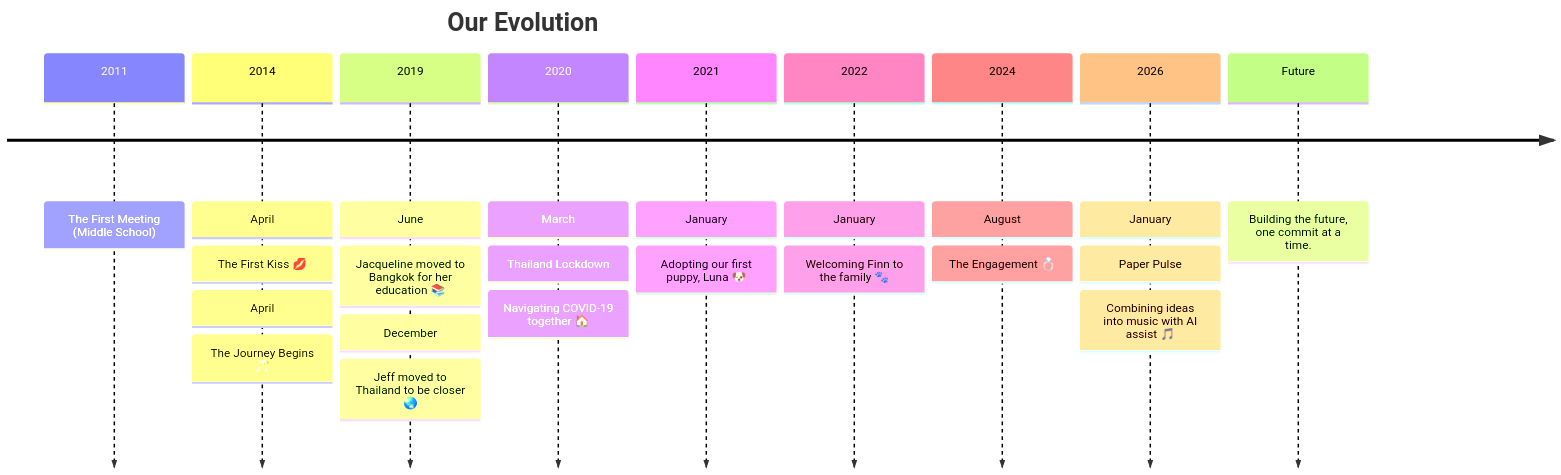
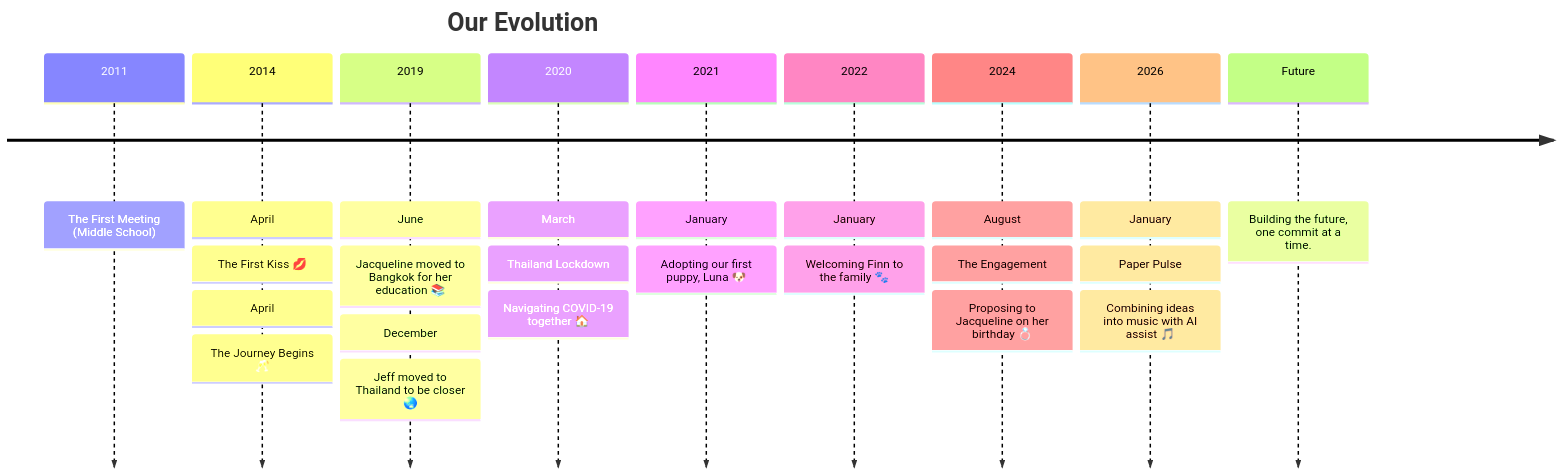
The diagram in README.md (ScarletFoundry/love-journey), drawn with Mermaid before and after one commit. The commit also changed other lines of this file, not shown here.

Commit message:
chore: automated journey update [skip ci]

````diff
--- a/README.md
+++ b/README.md
@@ -10,13 +10,13 @@
 ```mermaid
 timeline
     title Our Evolution
     2011 : The First Meeting (Middle School)
     2014 : April: The First Kiss 💋 : April: The Journey Begins 🥂
     2019 : June: Jacqueline moved to Bangkok for her education 📚 : December: Jeff moved to Thailand to be closer 🌏
     2020 : March: Thailand Lockdown: Navigating COVID-19 together 🏠
     2021 : January: Adopting our first puppy, Luna 🐶
     2022 : January: Welcoming Finn to the family 🐾
-    2024 : August: The Engagement 💍
+    2024 : August: The Engagement: Proposing to Jacqueline on her birthday 💍
     2026 : January: Paper Pulse: Combining ideas into music with AI assist 🎵
     Future : Building the future, one commit at a time.
 ```
````
